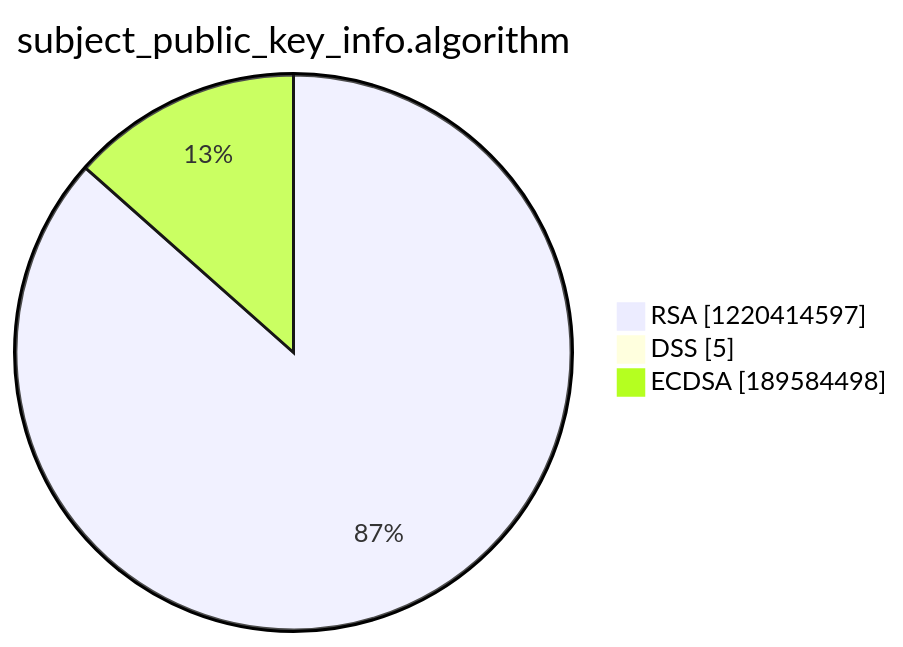
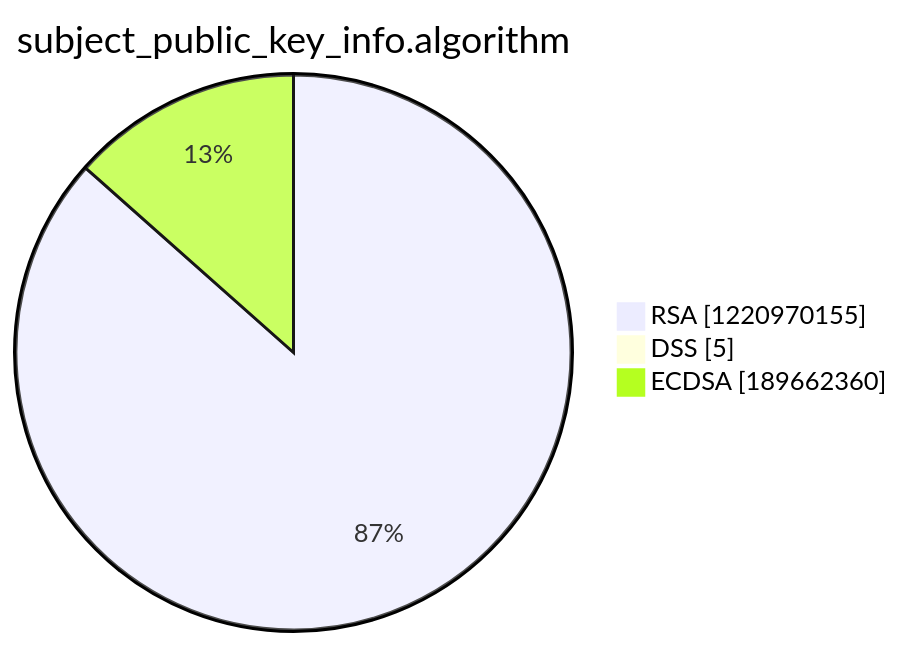
Before and after one commit to christiankrug/ctmonitor_visualization: the third of 15 diagrams in argon2022/README.md, drawn with Mermaid. The commit also changed other lines of this file, not shown here.

````diff
--- a/argon2022/README.md
+++ b/argon2022/README.md
@@ -14,7 +14,7 @@
 ```mermaid
 pie showData
 title subject_public_key_info.algorithm
-"RSA" :1220414597
+"RSA" :1220970155
 "DSS" :5
-"ECDSA" :189584498
+"ECDSA" :189662360
 ```
````
